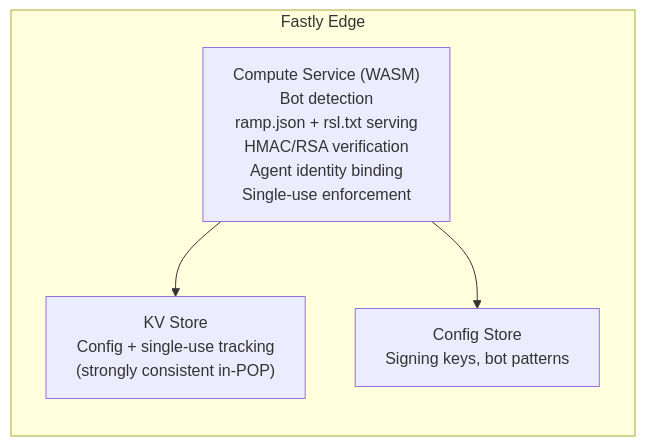
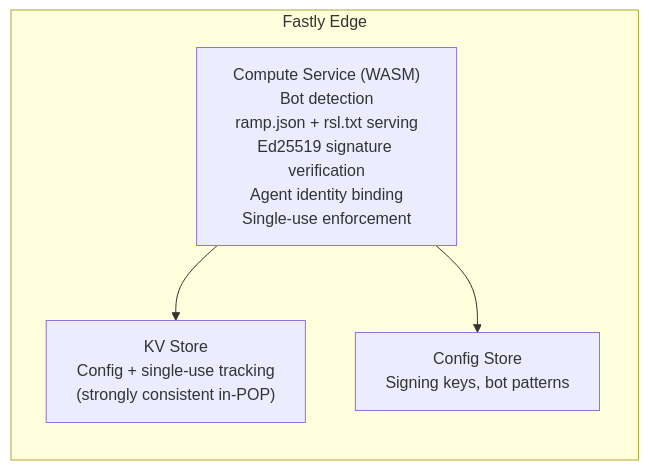
The third of 3 diagrams in website/src/content/docs/components/edge-function/cdn-adapters.mdx (RAMP-Protocol/protocol), drawn with Mermaid before and after one commit. The commit also changed other lines of this file and 2 other files, not shown here.

````diff
--- a/website/src/content/docs/components/edge-function/cdn-adapters.mdx
+++ b/website/src/content/docs/components/edge-function/cdn-adapters.mdx
@@ -307,11 +277,11 @@
 ```mermaid
 graph LR
     subgraph "Fastly Edge"
-        COMPUTE["Compute Service (WASM)<br/>Bot detection<br/>ramp.json + rsl.txt serving<br/>HMAC/RSA verification<br/>Agent identity binding<br/>Single-use enforcement"]
+        COMPUTE["Compute Service (WASM)<br/>Bot detection<br/>ramp.json + rsl.txt serving<br/>Ed25519 signature verification<br/>Agent identity binding<br/>Single-use enforcement"]
         KV_STORE["KV Store<br/>Config + single-use tracking<br/>(strongly consistent in-POP)"]
         CONFIG_STORE["Config Store<br/>Signing keys, bot patterns"]
     end
 
     COMPUTE --> KV_STORE
     COMPUTE --> CONFIG_STORE
 ```
````
